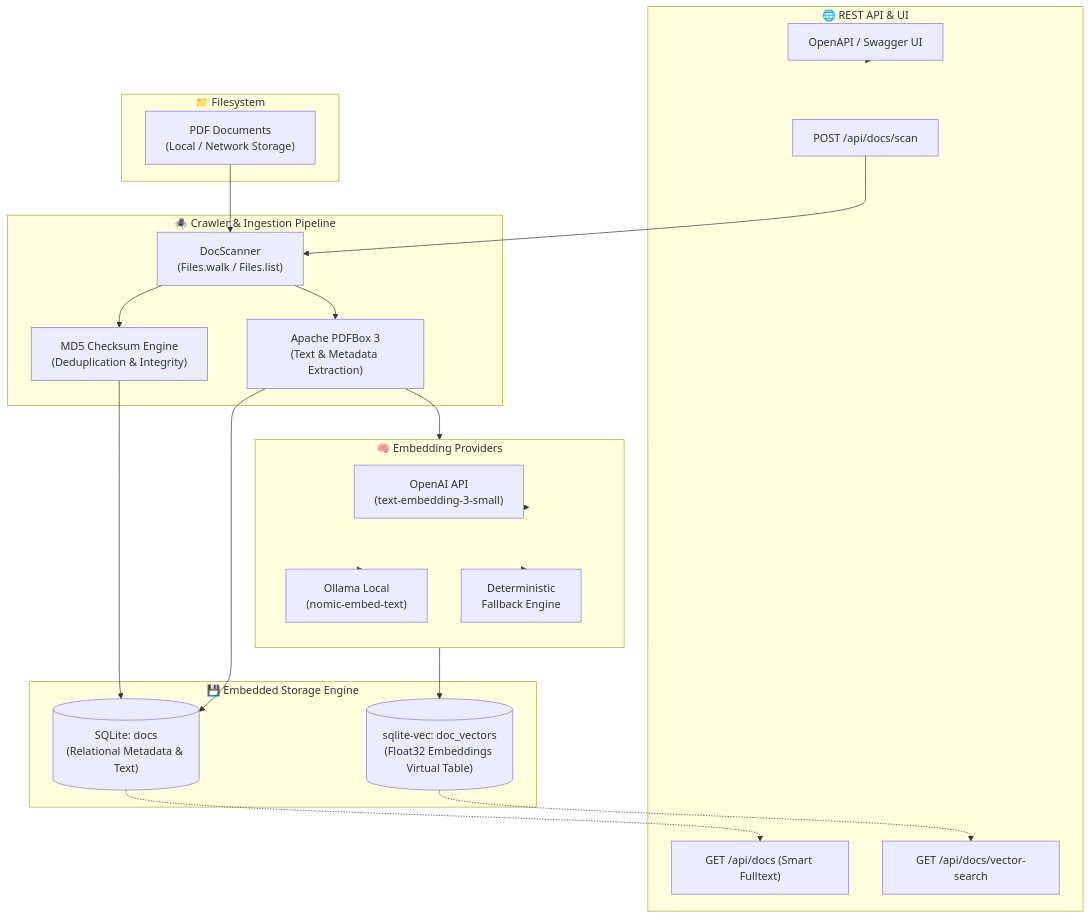
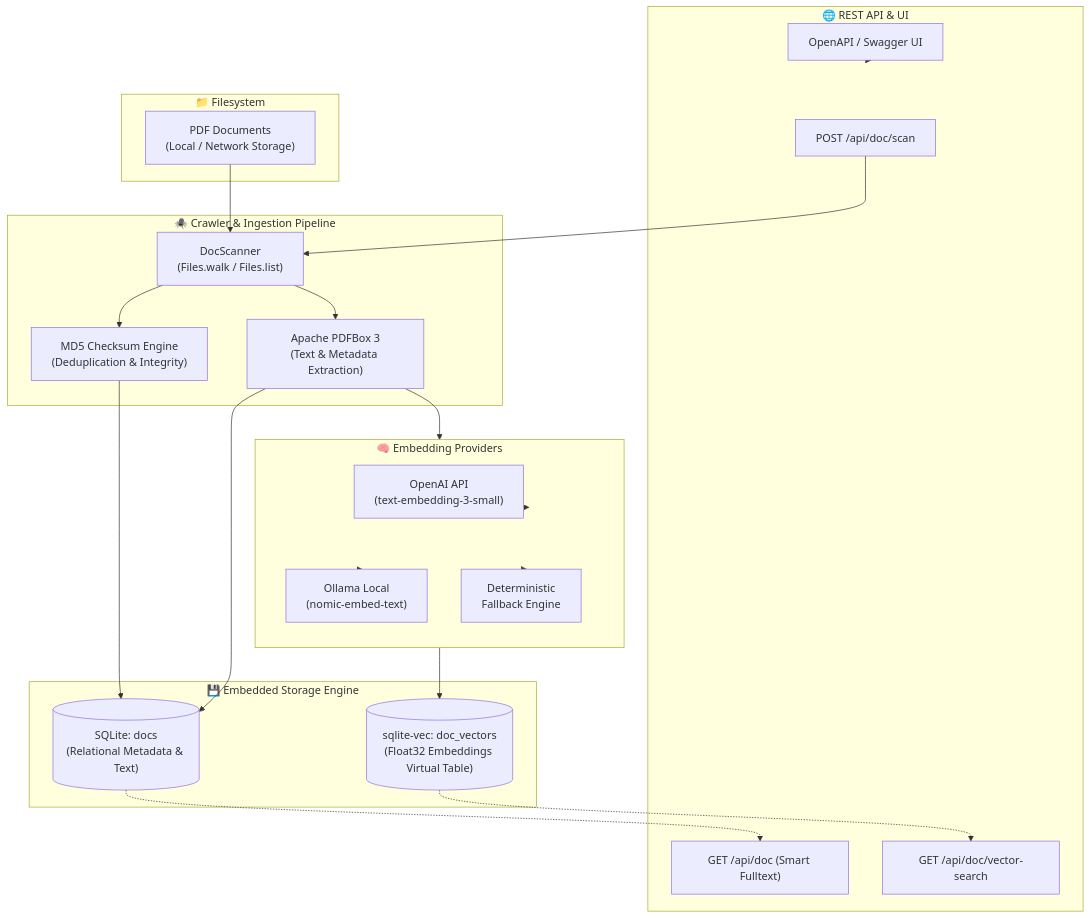
Before and after one commit to zulvani/zdocspider: the diagram in README.md, drawn with Mermaid. The commit also changed other lines of this file and 10 other files, not shown here.

````diff
--- a/README.md
+++ b/README.md
@@ -51,48 +51,48 @@
 ```mermaid
 flowchart TD
     subgraph Filesystem [" 📁 Filesystem "]
         PDFs["PDF Documents\n(Local / Network Storage)"]
     end
 
     subgraph Crawler [" 🕷️ Crawler & Ingestion Pipeline "]
         Spider["DocScanner\n(Files.walk / Files.list)"]
         PDFBox["Apache PDFBox 3\n(Text & Metadata Extraction)"]
         MD5["MD5 Checksum Engine\n(Deduplication & Integrity)"]
     end
 
     subgraph Embedding [" 🧠 Embedding Providers "]
         direction TB
         OpenAI["OpenAI API\n(text-embedding-3-small)"]
         Ollama["Ollama Local\n(nomic-embed-text)"]
         Mock["Deterministic\nFallback Engine"]
     end
 
     subgraph Storage [" 💾 Embedded Storage Engine "]
         DocsTable[("SQLite: docs\n(Relational Metadata & Text)")]
         VecTable[("sqlite-vec: doc_vectors\n(Float32 Embeddings Virtual Table)")]
     end
 
     subgraph API [" 🌐 REST API & UI "]
-        ScanAPI["POST /api/docs/scan"]
-        SearchAPI["GET /api/docs (Smart Fulltext)"]
-        VectorAPI["GET /api/docs/vector-search"]
+        ScanAPI["POST /api/doc/scan"]
+        SearchAPI["GET /api/doc (Smart Fulltext)"]
+        VectorAPI["GET /api/doc/vector-search"]
         Swagger["OpenAPI / Swagger UI"]
     end
 
     PDFs --> Spider
     Spider --> PDFBox
     Spider --> MD5
     PDFBox --> DocsTable
     MD5 --> DocsTable
 
     PDFBox --> Embedding
     Embedding --> OpenAI
     Embedding --> Ollama
     Embedding --> Mock
     Embedding --> VecTable
 
     DocsTable -.-> SearchAPI
     VecTable -.-> VectorAPI
     ScanAPI --> Spider
     Swagger -.-> API
 ```
````
